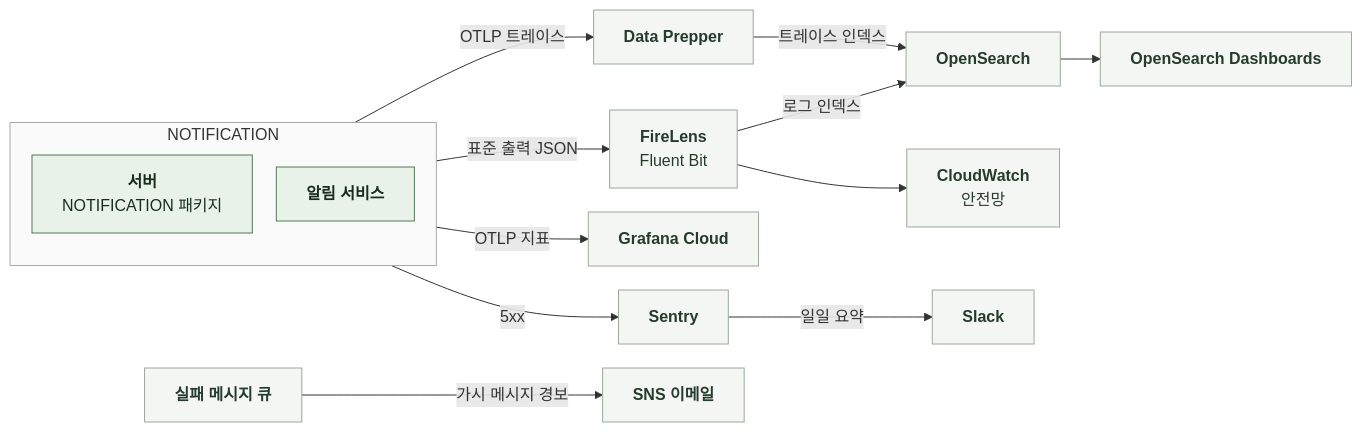
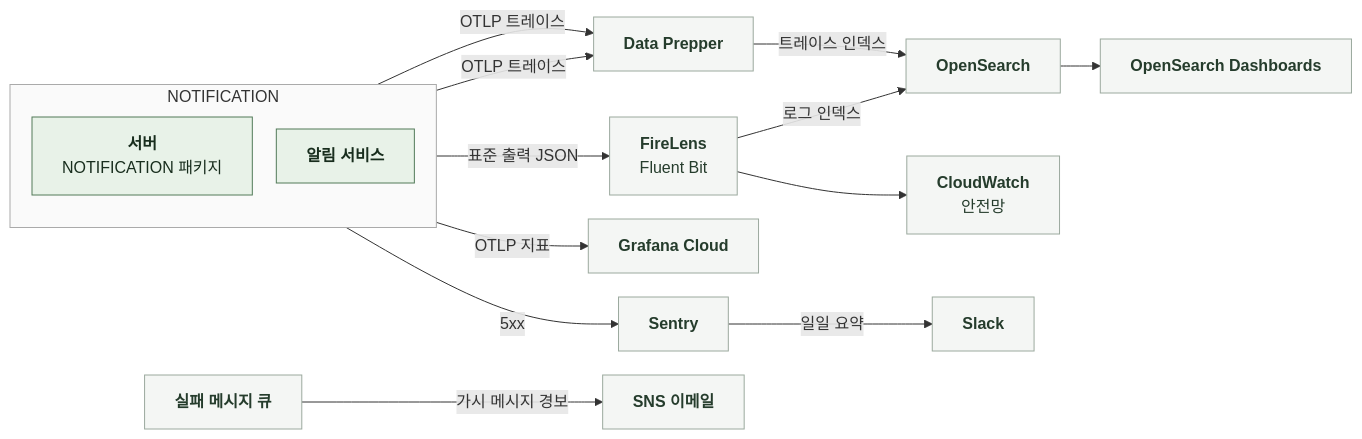
Before and after one commit to KIM-N-KANG/knk-harness: the diagram in docs/domain/NOTIFICATION/BACKEND/5-4-OBSERVABILITY.md, drawn with Mermaid. The commit also changed other lines of this file and 6 other files, not shown here.

````diff
--- a/docs/domain/NOTIFICATION/BACKEND/5-4-OBSERVABILITY.md
+++ b/docs/domain/NOTIFICATION/BACKEND/5-4-OBSERVABILITY.md
@@ -11,27 +11,28 @@
 ```mermaid
 %%{init: {"flowchart": {"curve": "basis", "nodeSpacing": 24, "rankSpacing": 40}}}%%
 flowchart LR
     subgraph U["NOTIFICATION"]
         direction TB
         S["`**서버**
 NOTIFICATION 패키지`"]
         N["`**알림 서비스**`"]
     end
     U -->|표준 출력 JSON| F["`**FireLens**
 Fluent Bit`"]
     F -->|로그 인덱스| OS["`**OpenSearch**`"]
     F --> CW["`**CloudWatch**
 안전망`"]
     S -->|OTLP 트레이스| DP["`**Data Prepper**`"]
+    N -->|OTLP 트레이스| DP
     DP -->|트레이스 인덱스| OS
     OS --> OD["`**OpenSearch Dashboards**`"]
     S -->|OTLP 지표| G["`**Grafana Cloud**`"]
     S -->|5xx| SE["`**Sentry**`"]
     SE -->|일일 요약| SL["`**Slack**`"]
     Q["`**실패 메시지 큐**`"] -->|가시 메시지 경보| SNS["`**SNS 이메일**`"]
     classDef comp fill:#E8F2E8,stroke:#527A59,color:#182D1D
     classDef ext fill:#F4F6F4,stroke:#9BA99E,color:#253C2C
     class S,N comp
     class F,OS,CW,DP,OD,G,SE,SL,Q,SNS ext
     style U fill:#FAFAFA,stroke:#AAAAAA
 ```
````
